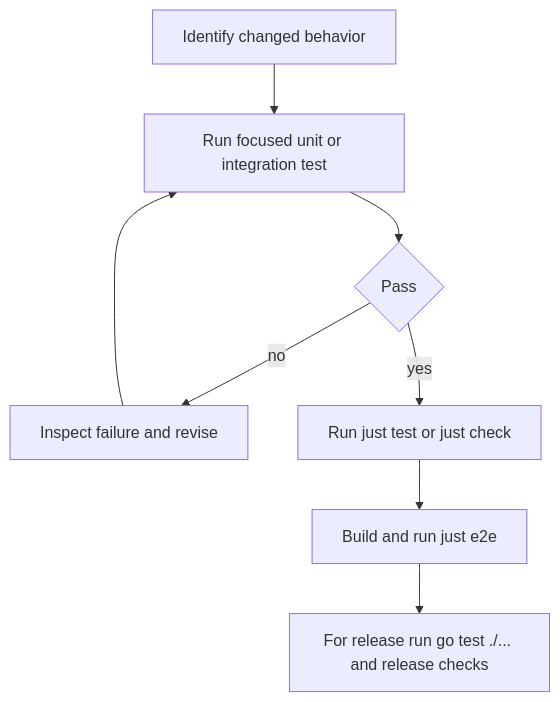
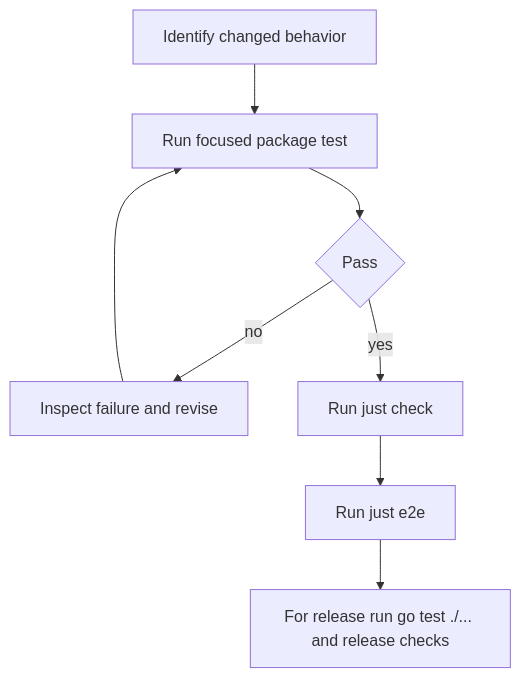
Before and after one commit to nicksenap/grove: the first of 3 diagrams in openwiki/testing.md, drawn with Mermaid. The commit also changed other lines of this file and 13 other files, not shown here.

````diff
--- a/openwiki/testing.md
+++ b/openwiki/testing.md
@@ -37,10 +51,10 @@
 ```mermaid
 flowchart TD
-    changed["Identify changed behavior"] --> focused["Run focused unit or integration test"]
+    changed["Identify changed behavior"] --> focused["Run focused package test"]
     focused --> pass1{"Pass"}
     pass1 -->|"no"| fix["Inspect failure and revise"]
     fix --> focused
-    pass1 -->|"yes"| packages["Run just test or just check"]
-    packages --> e2e["Build and run just e2e"]
+    pass1 -->|"yes"| check["Run just check"]
+    check --> e2e["Run just e2e"]
     e2e --> release["For release run go test ./... and release checks"]
 ```
````
